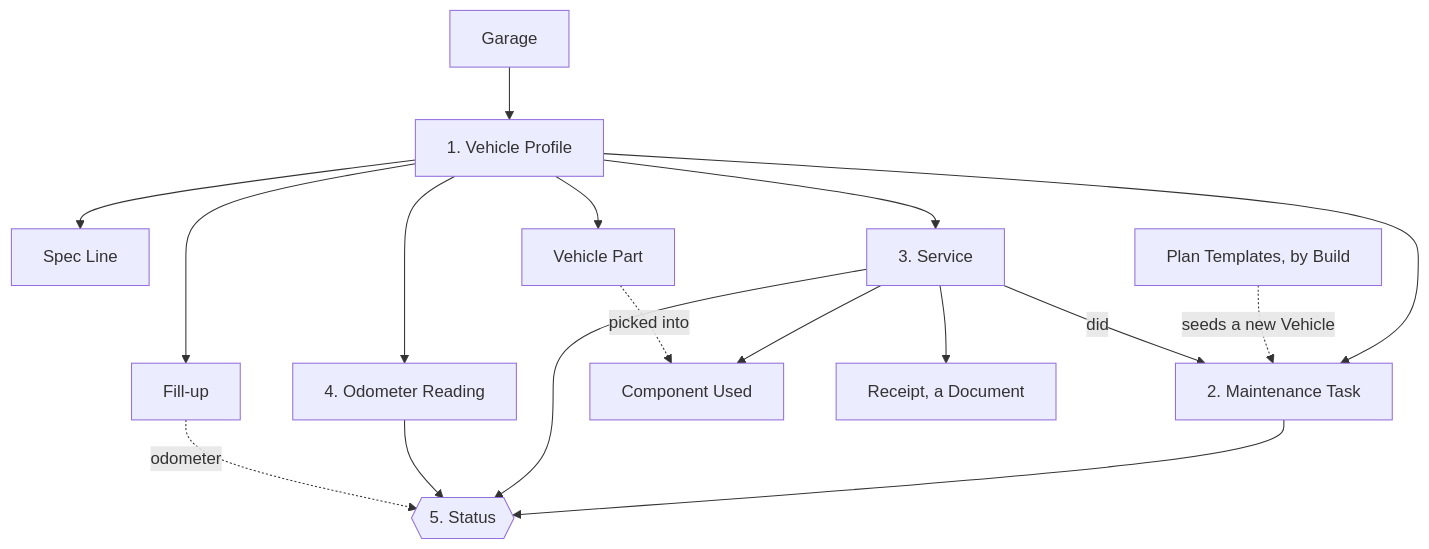
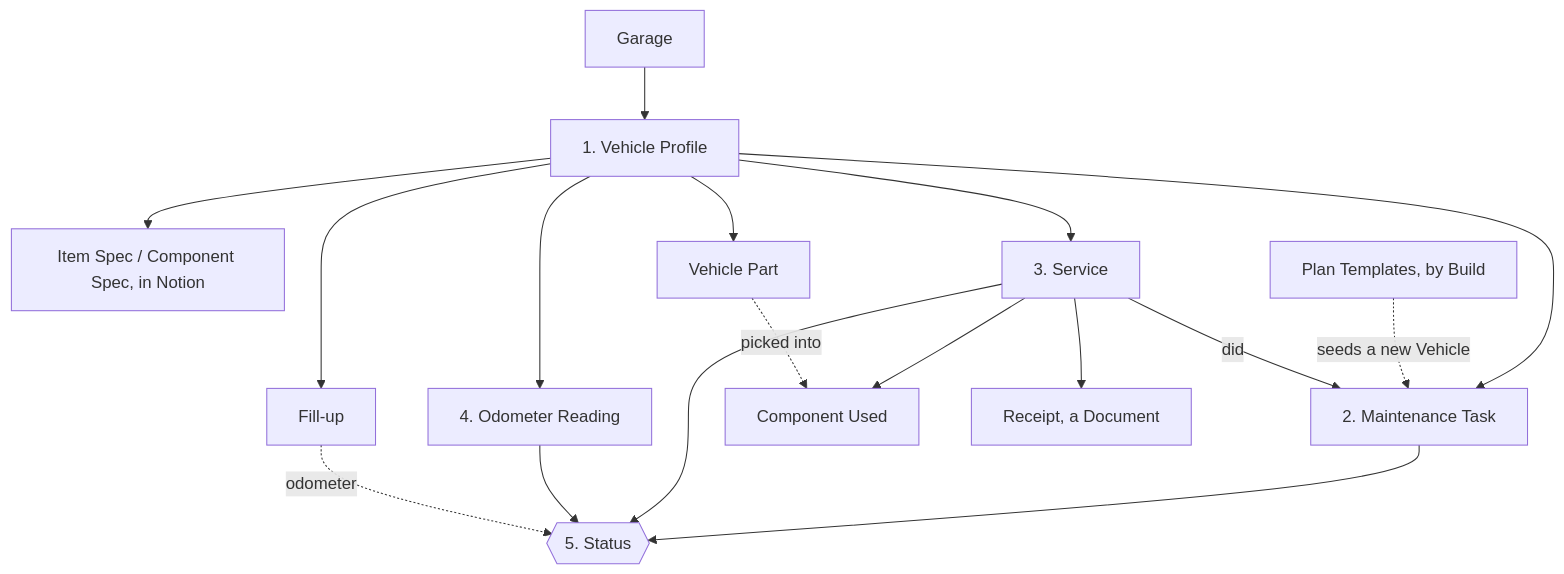
Before and after one commit to tmy-code/tmy_garage: the first of 3 diagrams in docs/data-model.md, drawn with Mermaid. The commit also changed other lines of this file and 56 other files, not shown here.

````diff
--- a/docs/data-model.md
+++ b/docs/data-model.md
@@ -30,19 +30,19 @@
 ```mermaid
 flowchart TD
   Garage --> Vehicle[1. Vehicle Profile]
-  Vehicle --> Spec[Spec Line]
+  Vehicle --> Spec[Item Spec / Component Spec, in Notion]
   Vehicle --> Task[2. Maintenance Task]
   Vehicle --> Service[3. Service]
   Vehicle --> Reading[4. Odometer Reading]
   Vehicle --> Fillup[Fill-up]
   Template[Plan Templates, by Build] -. seeds a new Vehicle .-> Task
   Service -- did --> Task
   Service --> Item[Component Used]
   Vehicle --> Part[Vehicle Part]
   Part -. picked into .-> Item
   Service --> Receipt[Receipt, a Document]
   Task --> Status{{5. Status}}
   Service --> Status
   Reading --> Status
   Fillup -. odometer .-> Status
 ```
````
